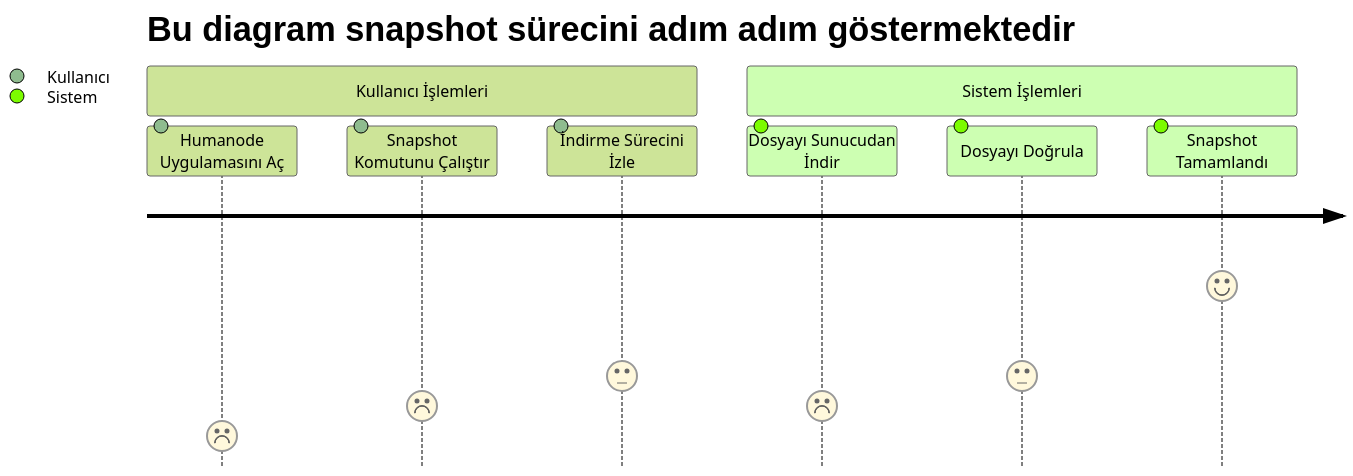
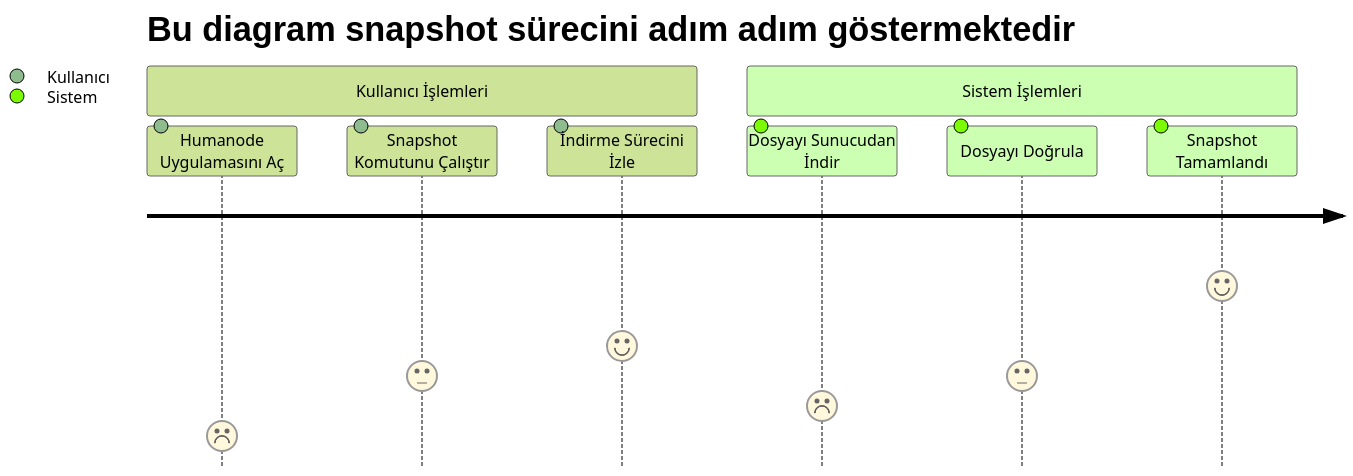
The diagram in Snapshot.md (Lorento34/humanode), drawn with Mermaid (forest theme) before and after one commit.

````diff
--- a/Snapshot.md
+++ b/Snapshot.md
@@ -8,12 +8,12 @@
 ```mermaid
 journey
     title Bu diagram snapshot sürecini adım adım göstermektedir
     section Kullanıcı İşlemleri
       Humanode Uygulamasını Aç: 1: Kullanıcı
-      Snapshot Komutunu Çalıştır: 2: Kullanıcı
-      İndirme Sürecini İzle: 3: Kullanıcı
+      Snapshot Komutunu Çalıştır: 3: Kullanıcı
+      İndirme Sürecini İzle: 4: Kullanıcı
     section Sistem İşlemleri
       Dosyayı Sunucudan İndir: 2: Sistem
       Dosyayı Doğrula: 3: Sistem
       Snapshot Tamamlandı: 6: Sistem
 ```
````
